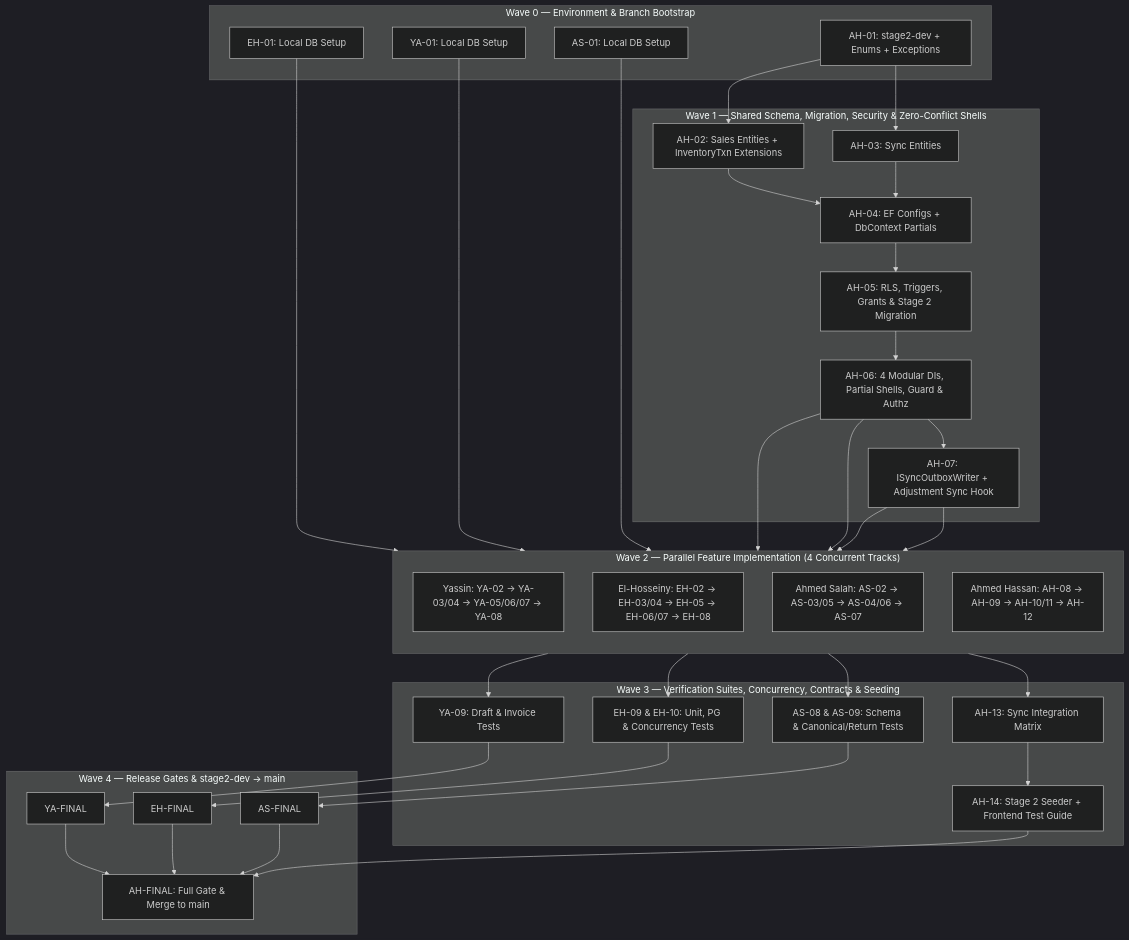
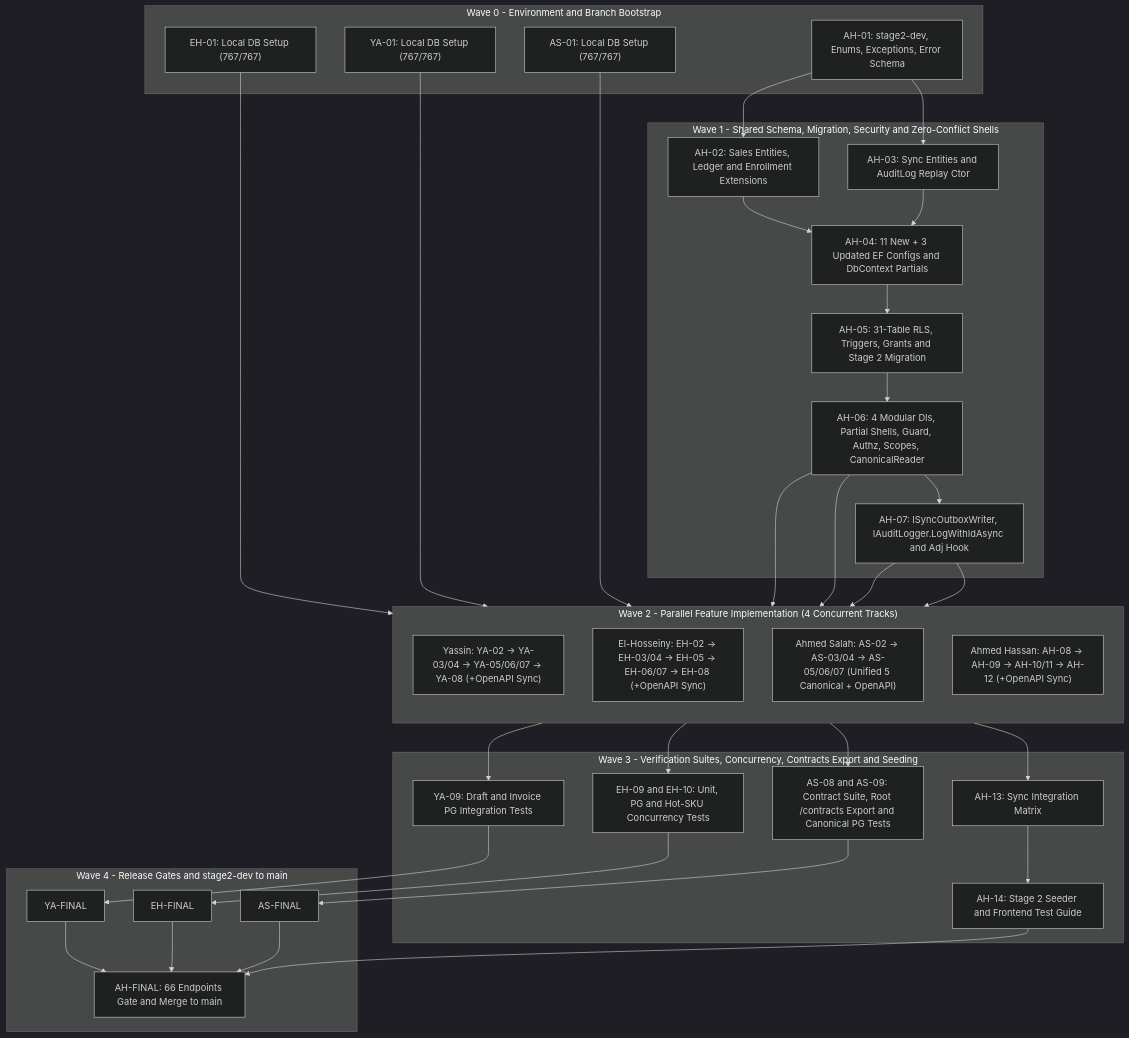
The diagram in apps/erp-backend/docs/stage2-tasks/00-STAGE2-EXECUTION-MAP.md (Smart-Erp-Team/Pharmacy-ERP-Brain), drawn with Mermaid (dark theme) before and after one commit. The commit also changed other lines of this file and 7 other files, not shown here.

````diff
--- a/apps/erp-backend/docs/stage2-tasks/00-STAGE2-EXECUTION-MAP.md
+++ b/apps/erp-backend/docs/stage2-tasks/00-STAGE2-EXECUTION-MAP.md
@@ -126,64 +164,64 @@
 ```mermaid
 flowchart TD
-    subgraph W0["Wave 0 — Environment & Branch Bootstrap"]
-        AH01["AH-01: stage2-dev + Enums + Exceptions"]
-        EH01["EH-01: Local DB Setup"]
-        YA01["YA-01: Local DB Setup"]
-        AS01["AS-01: Local DB Setup"]
+    subgraph W0["Wave 0 - Environment and Branch Bootstrap"]
+        AH01["AH-01: stage2-dev, Enums, Exceptions, Error Schema"]
+        EH01["EH-01: Local DB Setup (767/767)"]
+        YA01["YA-01: Local DB Setup (767/767)"]
+        AS01["AS-01: Local DB Setup (767/767)"]
     end
 
-    subgraph W1["Wave 1 — Shared Schema, Migration, Security & Zero-Conflict Shells"]
-        AH02["AH-02: Sales Entities + InventoryTxn Extensions"]
-        AH03["AH-03: Sync Entities"]
-        AH04["AH-04: EF Configs + DbContext Partials"]
-        AH05["AH-05: RLS, Triggers, Grants & Stage 2 Migration"]
-        AH06["AH-06: 4 Modular DIs, Partial Shells, Guard & Authz"]
-        AH07["AH-07: ISyncOutboxWriter + Adjustment Sync Hook"]
+    subgraph W1["Wave 1 - Shared Schema, Migration, Security and Zero-Conflict Shells"]
+        AH02["AH-02: Sales Entities, Ledger and Enrollment Extensions"]
+        AH03["AH-03: Sync Entities and AuditLog Replay Ctor"]
+        AH04["AH-04: 11 New + 3 Updated EF Configs and DbContext Partials"]
+        AH05["AH-05: 31-Table RLS, Triggers, Grants and Stage 2 Migration"]
+        AH06["AH-06: 4 Modular DIs, Partial Shells, Guard, Authz, Scopes, CanonicalReader"]
+        AH07["AH-07: ISyncOutboxWriter, IAuditLogger.LogWithIdAsync and Adj Hook"]
     end
 
-    subgraph W2["Wave 2 — Parallel Feature Implementation (4 Concurrent Tracks)"]
+    subgraph W2["Wave 2 - Parallel Feature Implementation (4 Concurrent Tracks)"]
         direction TB
-        YA_TRACK["Yassin: YA-02 -> YA-03/04 -> YA-05/06/07 -> YA-08"]
-        EH_TRACK["El-Hosseiny: EH-02 -> EH-03/04 -> EH-05 -> EH-06/07 -> EH-08"]
-        AS_TRACK["Ahmed Salah: AS-02 -> AS-03/05 -> AS-04/06 -> AS-07"]
-        AH_TRACK["Ahmed Hassan: AH-08 -> AH-09 -> AH-10/11 -> AH-12"]
+        YA_TRACK["Yassin: YA-02 -> YA-03/04 -> YA-05/06/07 -> YA-08 (+OpenAPI Sync)"]
+        EH_TRACK["El-Hosseiny: EH-02 -> EH-03/04 -> EH-05 -> EH-06/07 -> EH-08 (+OpenAPI Sync)"]
+        AS_TRACK["Ahmed Salah: AS-02 -> AS-03/04 -> AS-05/06/07 (Unified 5 Canonical + OpenAPI)"]
+        AH_TRACK["Ahmed Hassan: AH-08 -> AH-09 -> AH-10/11 -> AH-12 (+OpenAPI Sync)"]
     end
 
-    subgraph W3["Wave 3 — Verification Suites, Concurrency, Contracts & Seeding"]
-        YA09["YA-09: Draft & Invoice Tests"]
-        EH09["EH-09 & EH-10: Unit, PG & Concurrency Tests"]
-        AS08["AS-08 & AS-09: Schema & Canonical/Return Tests"]
+    subgraph W3["Wave 3 - Verification Suites, Concurrency, Contracts Export and Seeding"]
+        YA09["YA-09: Draft and Invoice PG Integration Tests"]
+        EH09["EH-09 and EH-10: Unit, PG and Hot-SKU Concurrency Tests"]
+        AS08["AS-08 and AS-09: Contract Suite, Root /contracts Export and Canonical PG Tests"]
         AH13["AH-13: Sync Integration Matrix"]
-        AH14["AH-14: Stage 2 Seeder + Frontend Test Guide"]
+        AH14["AH-14: Stage 2 Seeder and Frontend Test Guide"]
     end
 
-    subgraph W4["Wave 4 — Release Gates & stage2-dev -> main"]
+    subgraph W4["Wave 4 - Release Gates and stage2-dev to main"]
         YAF["YA-FINAL"]
         EHF["EH-FINAL"]
         ASF["AS-FINAL"]
-        AHF["AH-FINAL: Full Gate & Merge to main"]
+        AHF["AH-FINAL: 66 Endpoints Gate and Merge to main"]
     end
 
     AH01 --> AH02 --> AH04
     AH01 --> AH03 --> AH04
     AH04 --> AH05 --> AH06 --> AH07
 
     EH01 --> EH_TRACK
     YA01 --> YA_TRACK
     AS01 --> AS_TRACK
 
     AH06 --> YA_TRACK
     AH06 --> AS_TRACK
     AH07 --> EH_TRACK
     AH07 --> AH_TRACK
 
     YA_TRACK --> YA09 --> YAF
     EH_TRACK --> EH09 --> EHF
     AS_TRACK --> AS08 --> ASF
     AH_TRACK --> AH13 --> AH14
 
     YAF --> AHF
     EHF --> AHF
     ASF --> AHF
     AH14 --> AHF
 ```
````
